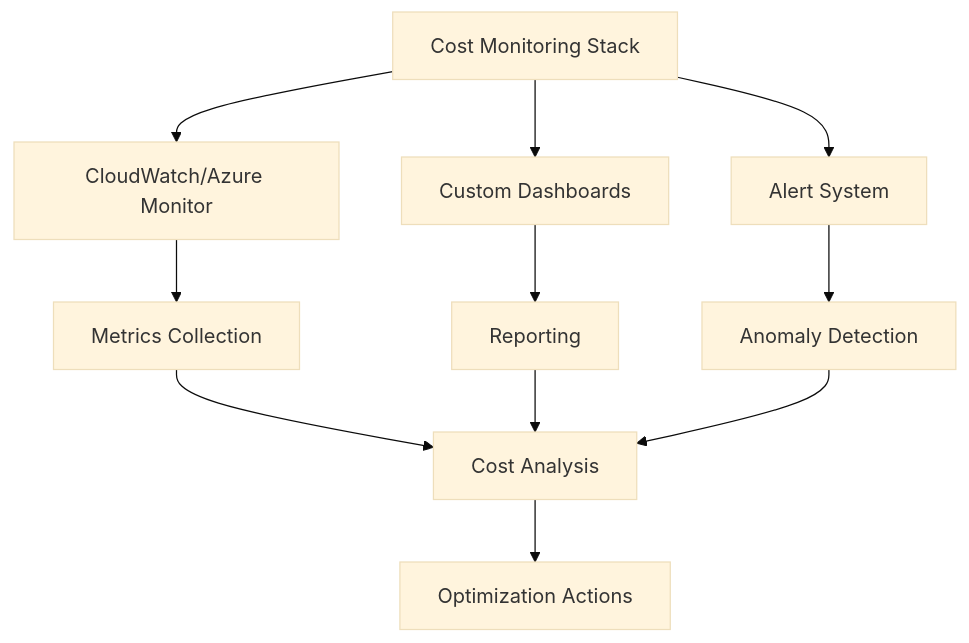
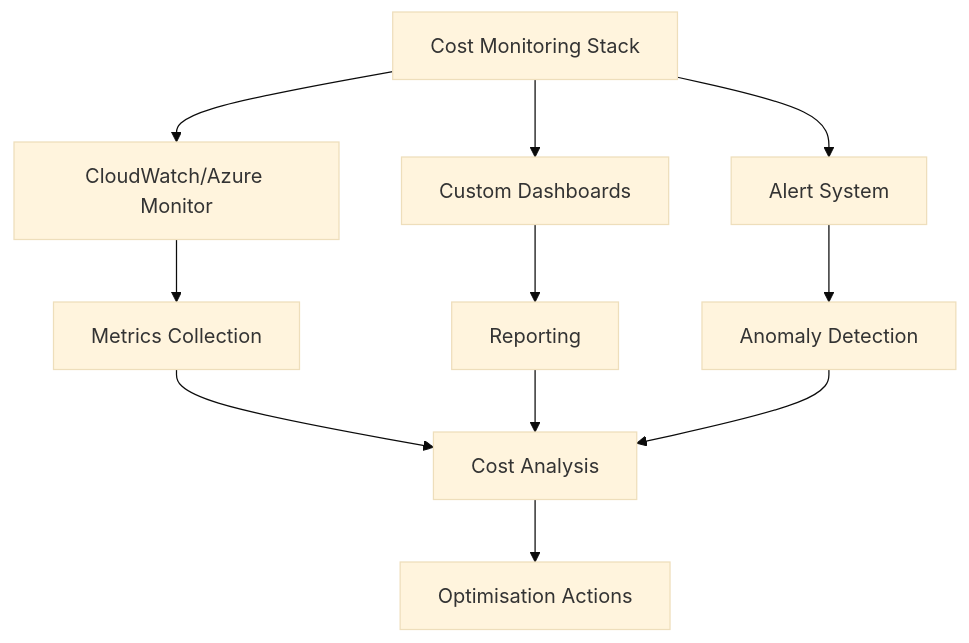
The diagram in docs/images/diagram_16_monitoring_stack.mmd (Geonitab/architecture_as_code), drawn with Mermaid (base theme) before and after one commit. The commit also changed 14 other files, not shown here.

Commit message:
Convert diagrams from American to British English

```diff
--- a/docs/images/diagram_16_monitoring_stack.mmd
+++ b/docs/images/diagram_16_monitoring_stack.mmd
@@ -1,14 +1,14 @@
 graph TB
     A[Cost Monitoring Stack]:::kv-primary --> B[CloudWatch/Azure Monitor]:::kv-highlight
     A --> C[Custom Dashboards]:::kv-accent
     A --> D[Alert System]:::kv-accent
 
     B --> E[Metrics Collection]:::kv-highlight
     C --> F[Reporting]:::kv-muted
     D --> G[Anomaly Detection]:::kv-pattern
 
     E --> H[Cost Analysis]:::kv-primary
     F --> H
     G --> H
 
-    H --> I[Optimization Actions]:::kv-highlight
+    H --> I[Optimisation Actions]:::kv-highlight
```
